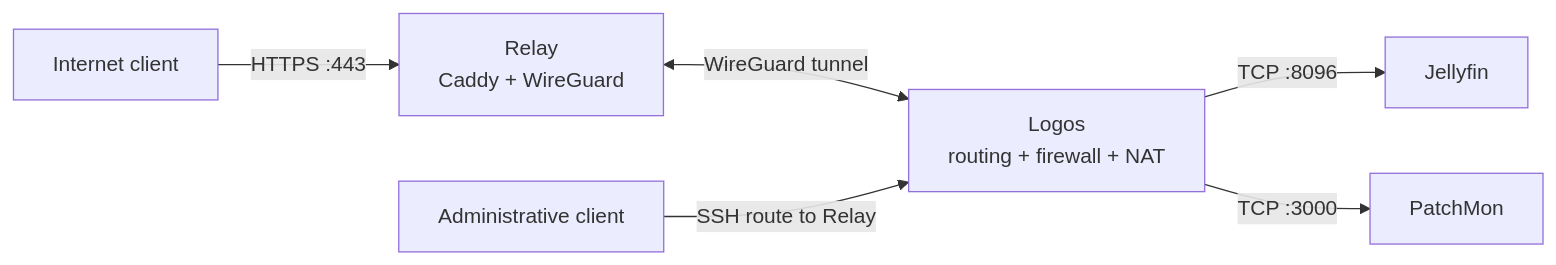
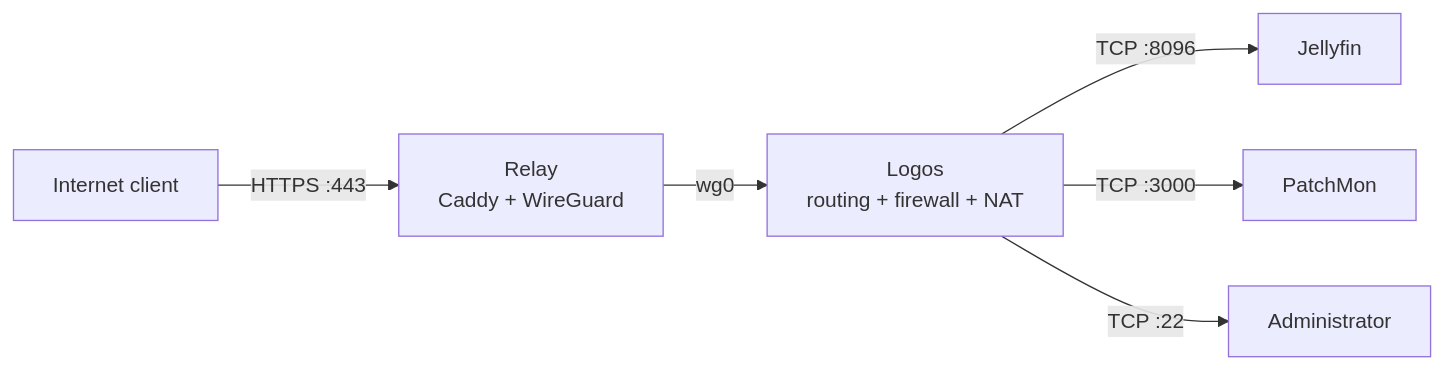
The diagram in docs/relay/relay.md (kCn3333/homelab), drawn with Mermaid before and after one commit.

Commit message:
docs: document relay vps

````diff
--- a/docs/relay/relay.md
+++ b/docs/relay/relay.md
@@ -24,8 +24,8 @@
 ```mermaid
 flowchart LR
     client["Internet client"] -->|"HTTPS :443"| relay["Relay<br/>Caddy + WireGuard"]
-    relay <-->|"WireGuard tunnel"| logos["Logos<br/>routing + firewall + NAT"]
-    admin["Administrative client"] -->|"SSH route to Relay"| logos
+    relay -->|"wg0"| logos["Logos<br/>routing + firewall + NAT"]
     logos -->|"TCP :8096"| jellyfin["Jellyfin"]
     logos -->|"TCP :3000"| patchmon["PatchMon"]
+    logos -->|"TCP :22"| ssh["Administrator"]
 ```
````
